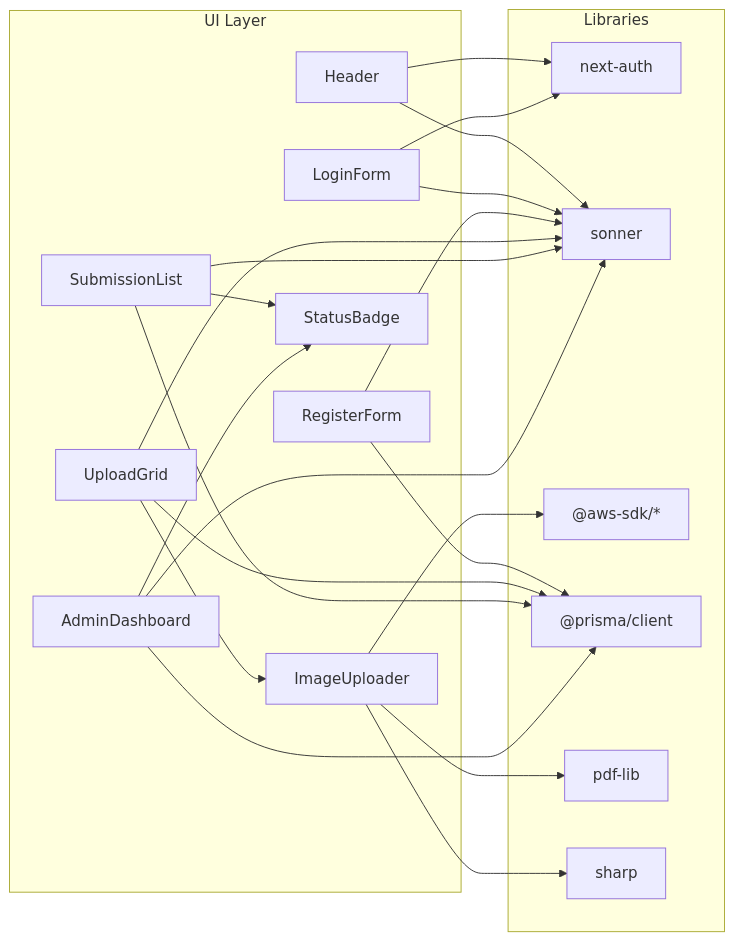
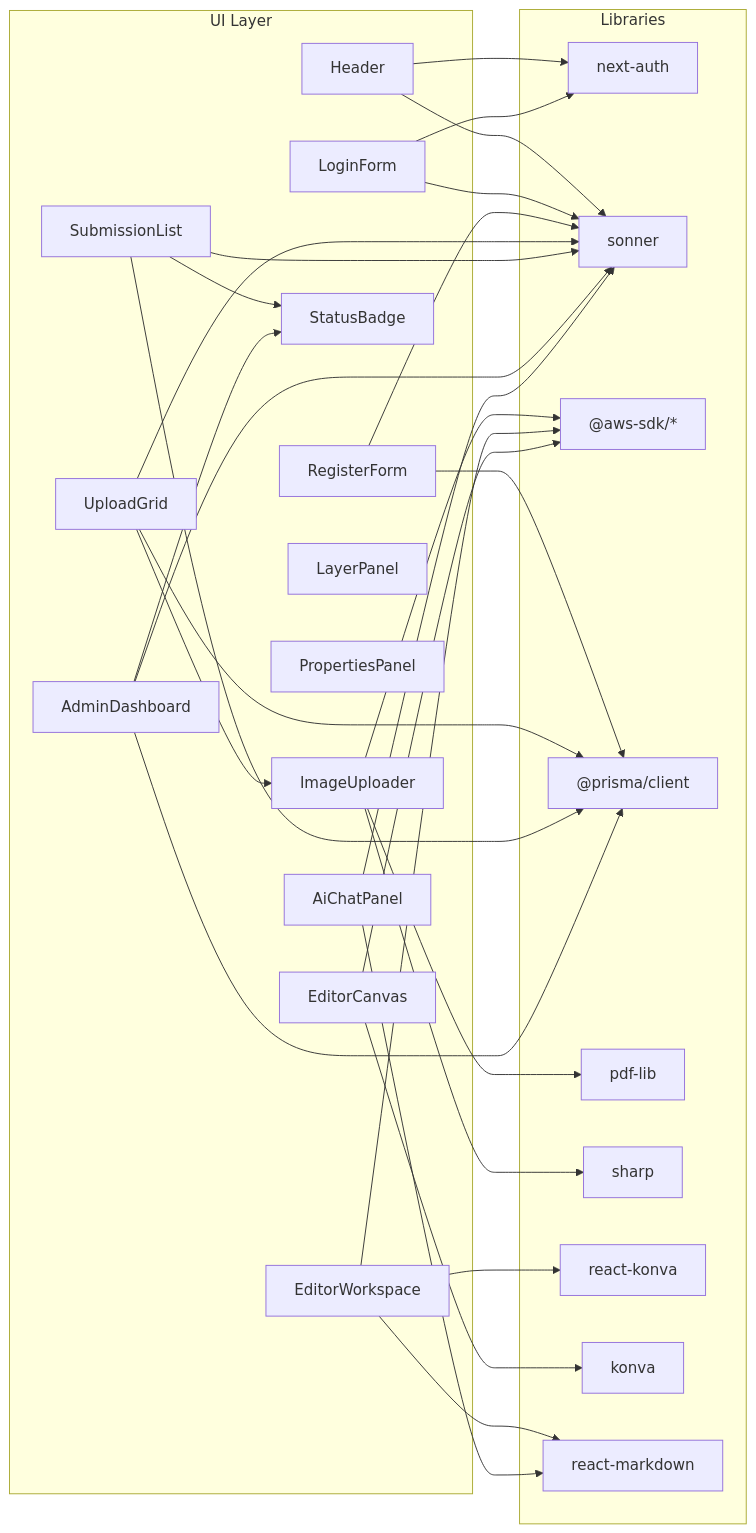
The third of 3 diagrams in .qoder/repowiki/en/content/Component Library/Component Library.md (Crowdspender/titchybooks-app), drawn with Mermaid before and after one commit. The commit also changed other lines of this file and 62 other files, not shown here.

````diff
--- a/.qoder/repowiki/en/content/Component Library/Component Library.md
+++ b/.qoder/repowiki/en/content/Component Library/Component Library.md
@@ -415,39 +708,54 @@
 ```mermaid
 graph LR
 subgraph "UI Layer"
 H["Header"]
 LGF["LoginForm"]
 RGF["RegisterForm"]
 IG["ImageUploader"]
 GG["UploadGrid"]
 SL["SubmissionList"]
 SB["StatusBadge"]
 AD["AdminDashboard"]
+EW["EditorWorkspace"]
+EC["EditorCanvas"]
+LP["LayerPanel"]
+PP["PropertiesPanel"]
+ACP["AiChatPanel"]
 end
 subgraph "Libraries"
 NA["next-auth"]
 SN["sonner"]
 AWS["@aws-sdk/*"]
 PRIS["@prisma/client"]
 PDF["pdf-lib"]
 SH["sharp"]
+RK["react-konva"]
+K["konva"]
+RMD["react-markdown"]
 end
 H --> NA
 LGF --> NA
 RGF --> PRIS
 IG --> AWS
 GG --> IG
 SL --> SB
 AD --> SB
 GG --> PRIS
 SL --> PRIS
 AD --> PRIS
+EW --> RK
+EC --> K
+EW --> RMD
+ACP --> RMD
+EW --> AWS
+EC --> AWS
 IG --> PDF
 IG --> SH
 H --> SN
 LGF --> SN
 RGF --> SN
 GG --> SN
 SL --> SN
 AD --> SN
+ACP --> SN
 ```
````
